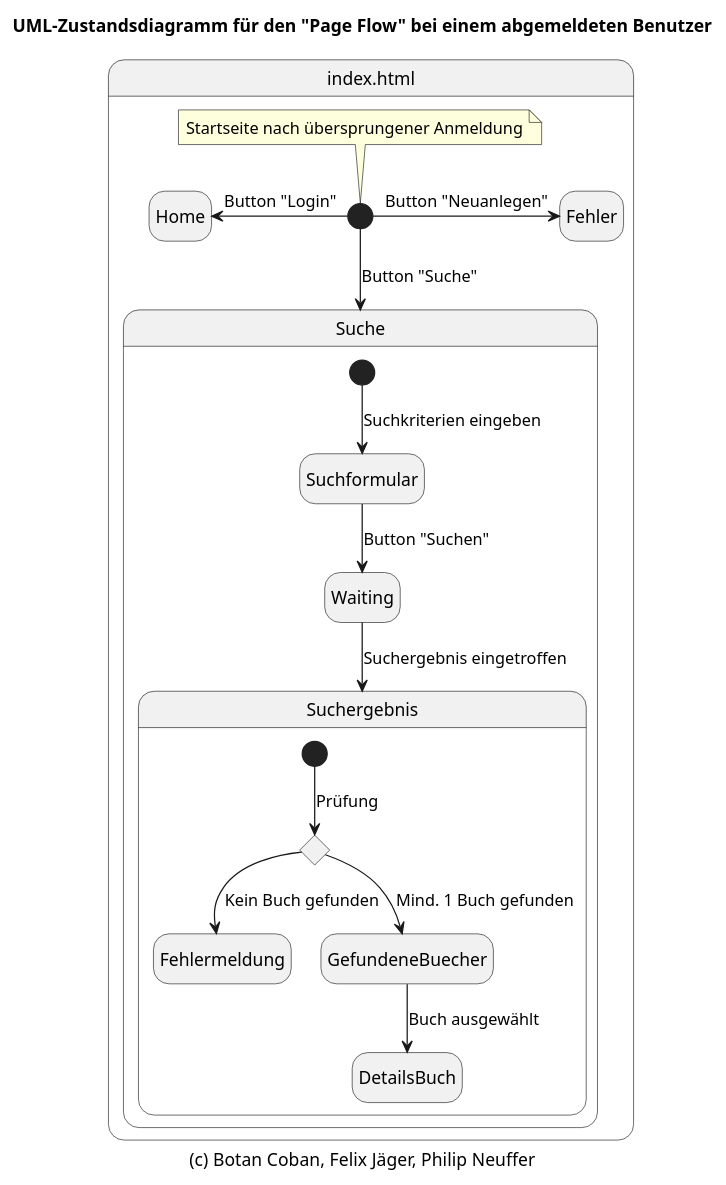
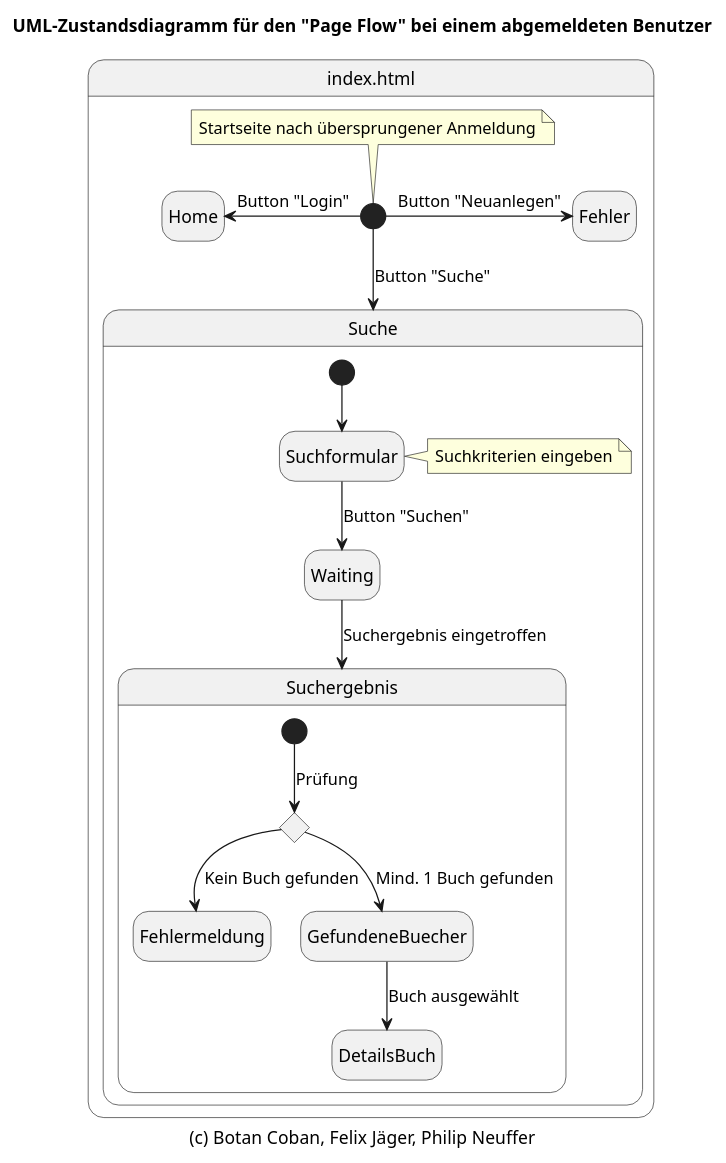
One commit to rirag12345/SWE-Abgabe-2-Gruppe-1 changed the diagram in extras/docs/zustandsdiagramm_abgemeldet.puml. Above: the diagram before and after it, drawn with PlantUML. The commit also changed 2 other files, not shown here.

Commit message:
docs: added notes to state diagrams for user input prompts in the registration and search processes

```diff
--- a/extras/docs/zustandsdiagramm_abgemeldet.puml
+++ b/extras/docs/zustandsdiagramm_abgemeldet.puml
@@ -1,35 +1,37 @@
 @startuml zustandsdiagramm_abgemeldet
 
 hide empty description
 
 title UML-Zustandsdiagramm für den "Page Flow" bei einem abgemeldeten Benutzer
 caption (c) Botan Coban, Felix Jäger, Philip Neuffer
 
 state "index.html" as index {
 
 state Suche{
 
-    [*] --> Suchformular : Suchkriterien eingeben
+    [*] --> Suchformular
+    note "Suchkriterien eingeben" as note
+    Suchformular -right-> note
 
     Suchformular --> Waiting: Button "Suchen"
 
     state Suchergebnis{
         state c <<choice>>
         [*] --> c : Prüfung
         c --> Fehlermeldung: Kein Buch gefunden
         c --> GefundeneBuecher: Mind. 1 Buch gefunden
         GefundeneBuecher --> DetailsBuch : Buch ausgewählt
     }
 
     Waiting --> Suchergebnis : Suchergebnis eingetroffen
 }
 
 [*] --> Suche: Button "Suche"
 [*] -right-> Fehler: Button "Neuanlegen"
 [*] -left-> Home: Button "Login"
 
 note "Startseite nach übersprungener Anmeldung" as note
 [*] -up-> note
 }
 
 @enduml
```
